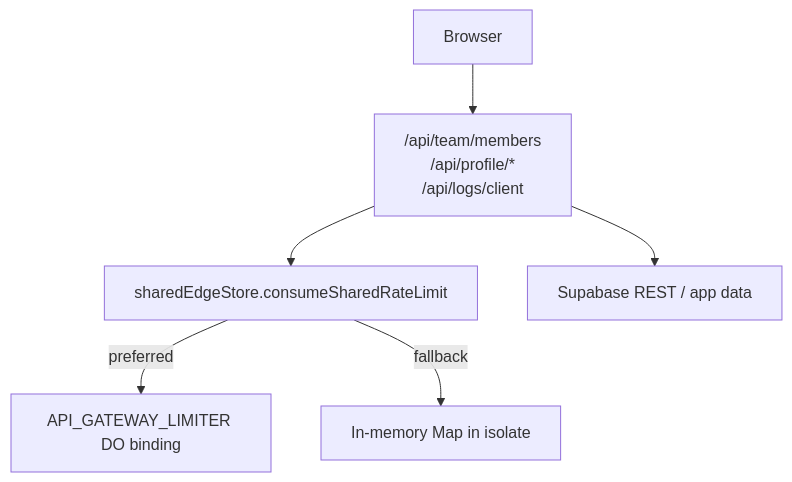
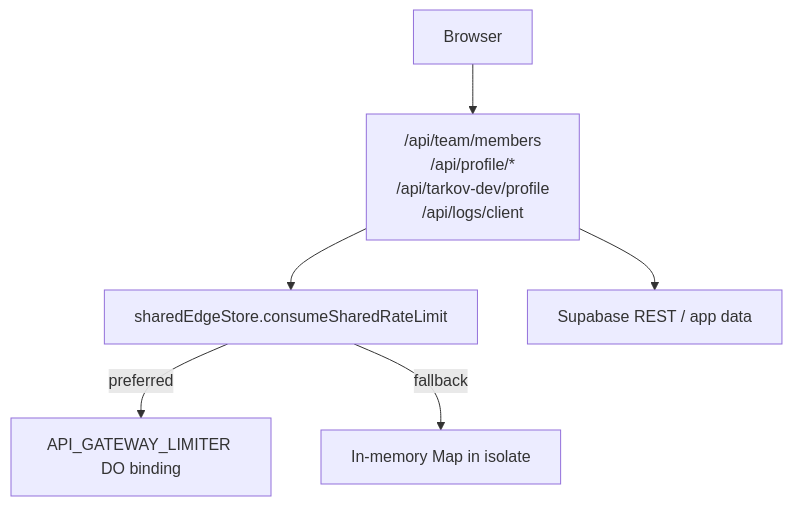
One commit to tarkovtracker-org/TarkovTracker changed the fourth of 6 diagrams in docs/RATE_LIMITING.md. Above: the diagram before and after it, drawn with Mermaid. The commit also changed other lines of this file and 1 other file, not shown here.

````diff
--- a/docs/RATE_LIMITING.md
+++ b/docs/RATE_LIMITING.md
@@ -214,8 +219,8 @@
 ```mermaid
 flowchart TB
-  B[Browser] --> R["/api/team/members<br/>/api/profile/*<br/>/api/logs/client"]
+  B[Browser] --> R["/api/team/members<br/>/api/profile/*<br/>/api/tarkov-dev/profile<br/>/api/logs/client"]
   R --> S[sharedEdgeStore.consumeSharedRateLimit]
   S -->|preferred| DO[API_GATEWAY_LIMITER DO binding]
   S -->|fallback| MEM[In-memory Map in isolate]
   R --> DATA[Supabase REST / app data]
 ```
````
